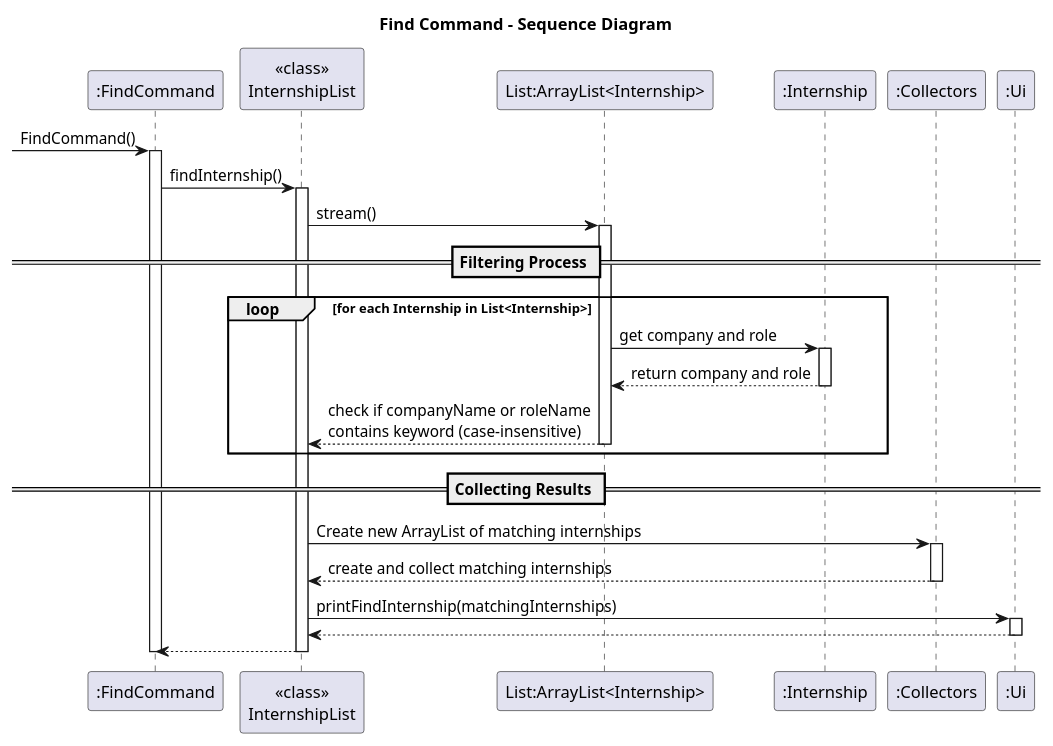
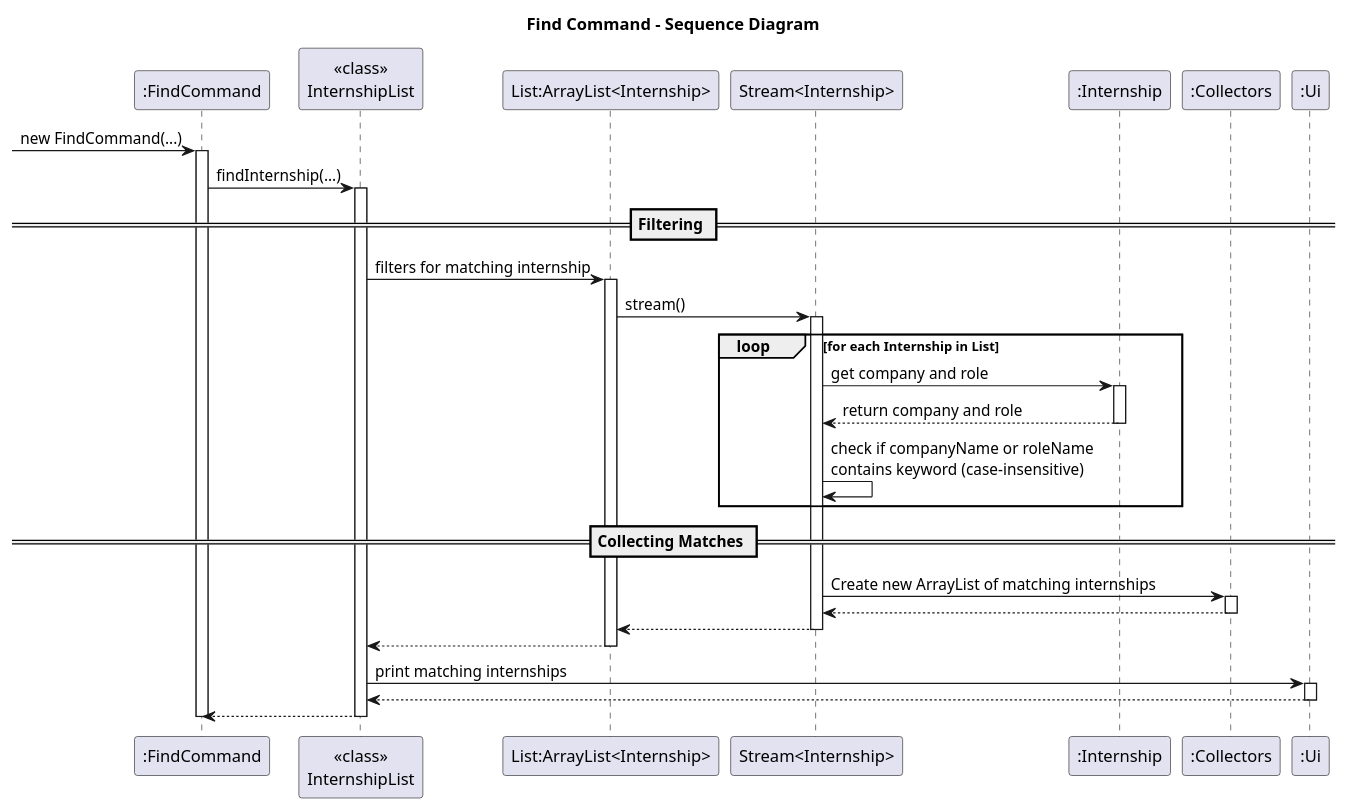
Before and after one commit to BenyAlbatross/tp: the diagram in docs/diagrams/FindCommandSD.puml, drawn with PlantUML. The commit also changed 1 other file, not shown here.

Commit message:
Update uml diagrams for Add and Find command

```diff
--- a/docs/diagrams/FindCommandSD.puml
+++ b/docs/diagrams/FindCommandSD.puml
@@ -1,43 +1,50 @@
 @startuml
 title Find Command - Sequence Diagram
 
 participant ":FindCommand" as FC
 participant "<<class>>\nInternshipList" as IL
 participant "List:ArrayList<Internship>" as LI
+participant "Stream<Internship>" as ST
 participant ":Internship" as IN
 participant ":Collectors" as CO
 participant ":Ui" as Ui
 
--> FC: FindCommand()
+-> FC: new FindCommand(...)
 activate FC
-FC -> IL: findInternship()
+FC -> IL: findInternship(...)
 activate IL
-IL -> LI: stream()
+
+== Filtering ==
+IL -> LI: filters for matching internship
 activate LI
-
-== Filtering Process ==
-loop for each Internship in List<Internship>
-    LI -> IN: get company and role
+LI -> ST: stream()
+activate ST
+loop for each Internship in List
+    ST -> IN: get company and role
     activate IN
-    IN --> LI: return company and role
+    IN --> ST: return company and role
     deactivate IN
-    LI --> IL: check if companyName or roleName\ncontains keyword (case-insensitive)
-    deactivate LI
+    ST -> ST: check if companyName or roleName\ncontains keyword (case-insensitive)
 end
 
-== Collecting Results ==
-IL -> CO: Create new ArrayList of matching internships
+== Collecting Matches ==
+ST -> CO: Create new ArrayList of matching internships
 activate CO
-CO --> IL: create and collect matching internships
+CO --> ST
 deactivate CO
+ST --> LI
+deactivate ST
+LI --> IL
+deactivate LI
 
-IL -> Ui: printFindInternship(matchingInternships)
+
+IL -> Ui: print matching internships
 activate Ui
 Ui --> IL
 deactivate Ui
 
 IL --> FC
 deactivate IL
 deactivate FC
 
 @enduml
```
